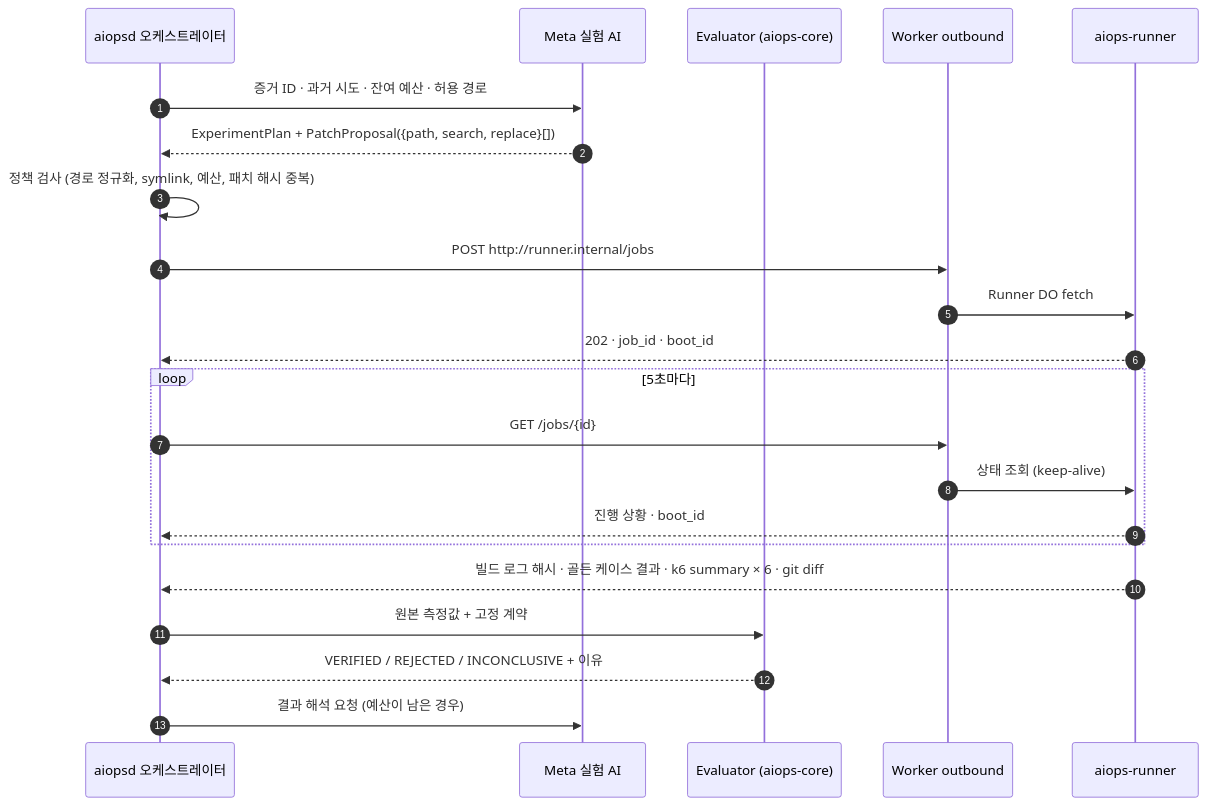
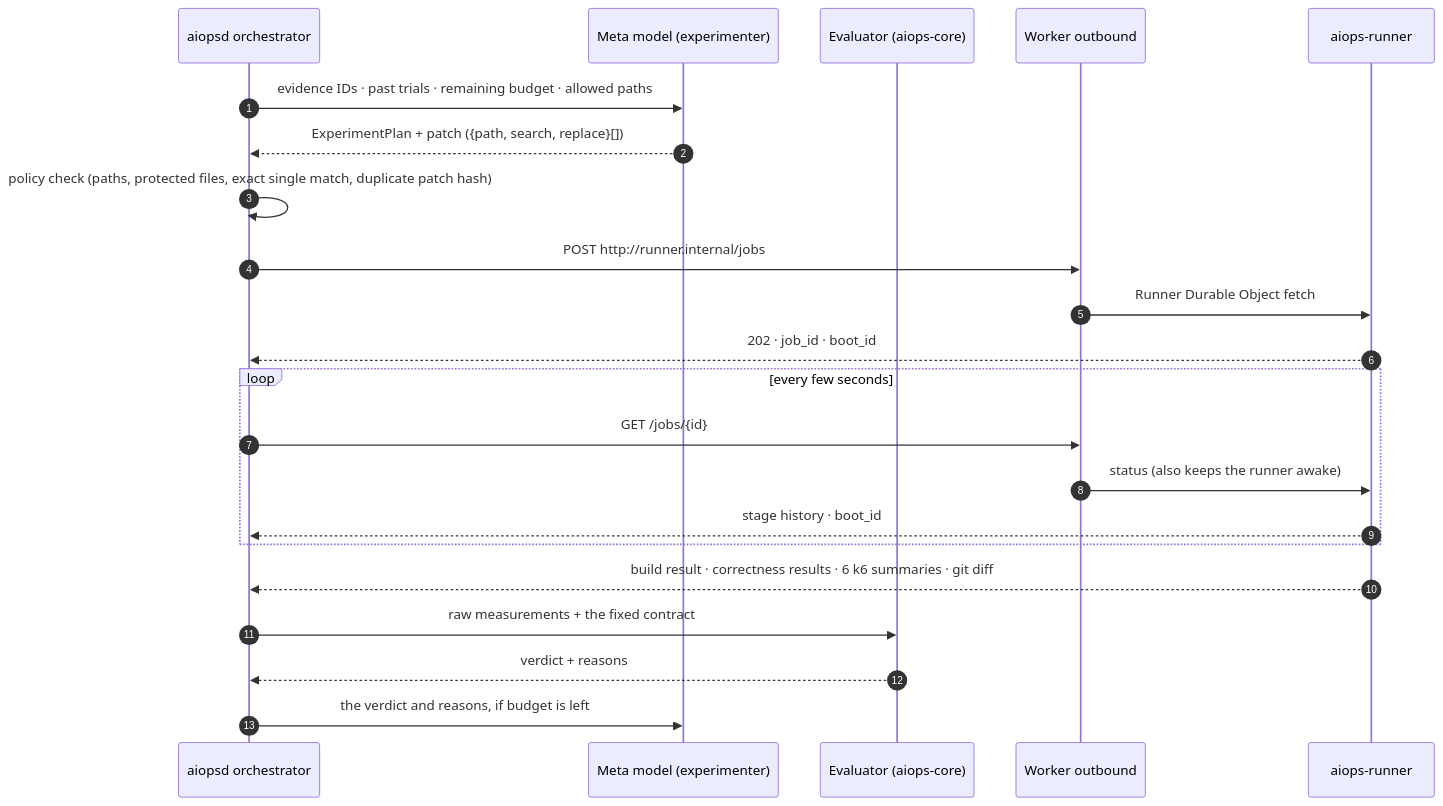
The third of 3 diagrams in docs/architecture.md (qlanfr/mata_Hackathon), drawn with Mermaid before and after one commit. The commit also changed other lines of this file and 7 other files, not shown here.

First line of the commit message:
Write the README, architecture and submission text in English

````diff
--- a/docs/architecture.md
+++ b/docs/architecture.md
@@ -90,25 +89,25 @@
 ```mermaid
 sequenceDiagram
   autonumber
-  participant O as aiopsd 오케스트레이터
-  participant L as Meta 실험 AI
+  participant O as aiopsd orchestrator
+  participant L as Meta model (experimenter)
   participant E as Evaluator (aiops-core)
   participant W as Worker outbound
   participant R as aiops-runner
 
-  O->>L: 증거 ID · 과거 시도 · 잔여 예산 · 허용 경로
-  L-->>O: ExperimentPlan + PatchProposal({path, search, replace}[])
-  O->>O: 정책 검사 (경로 정규화, symlink, 예산, 패치 해시 중복)
+  O->>L: evidence IDs · past trials · remaining budget · allowed paths
+  L-->>O: ExperimentPlan + patch ({path, search, replace}[])
+  O->>O: policy check (paths, protected files, exact single match, duplicate patch hash)
   O->>W: POST http://runner.internal/jobs
-  W->>R: Runner DO fetch
+  W->>R: Runner Durable Object fetch
   R-->>O: 202 · job_id · boot_id
-  loop 5초마다
+  loop every few seconds
     O->>W: GET /jobs/{id}
-    W->>R: 상태 조회 (keep-alive)
-    R-->>O: 진행 상황 · boot_id
+    W->>R: status (also keeps the runner awake)
+    R-->>O: stage history · boot_id
   end
-  R-->>O: 빌드 로그 해시 · 골든 케이스 결과 · k6 summary × 6 · git diff
-  O->>E: 원본 측정값 + 고정 계약
-  E-->>O: VERIFIED / REJECTED / INCONCLUSIVE + 이유
-  O->>L: 결과 해석 요청 (예산이 남은 경우)
+  R-->>O: build result · correctness results · 6 k6 summaries · git diff
+  O->>E: raw measurements + the fixed contract
+  E-->>O: verdict + reasons
+  O->>L: the verdict and reasons, if budget is left
 ```
````
